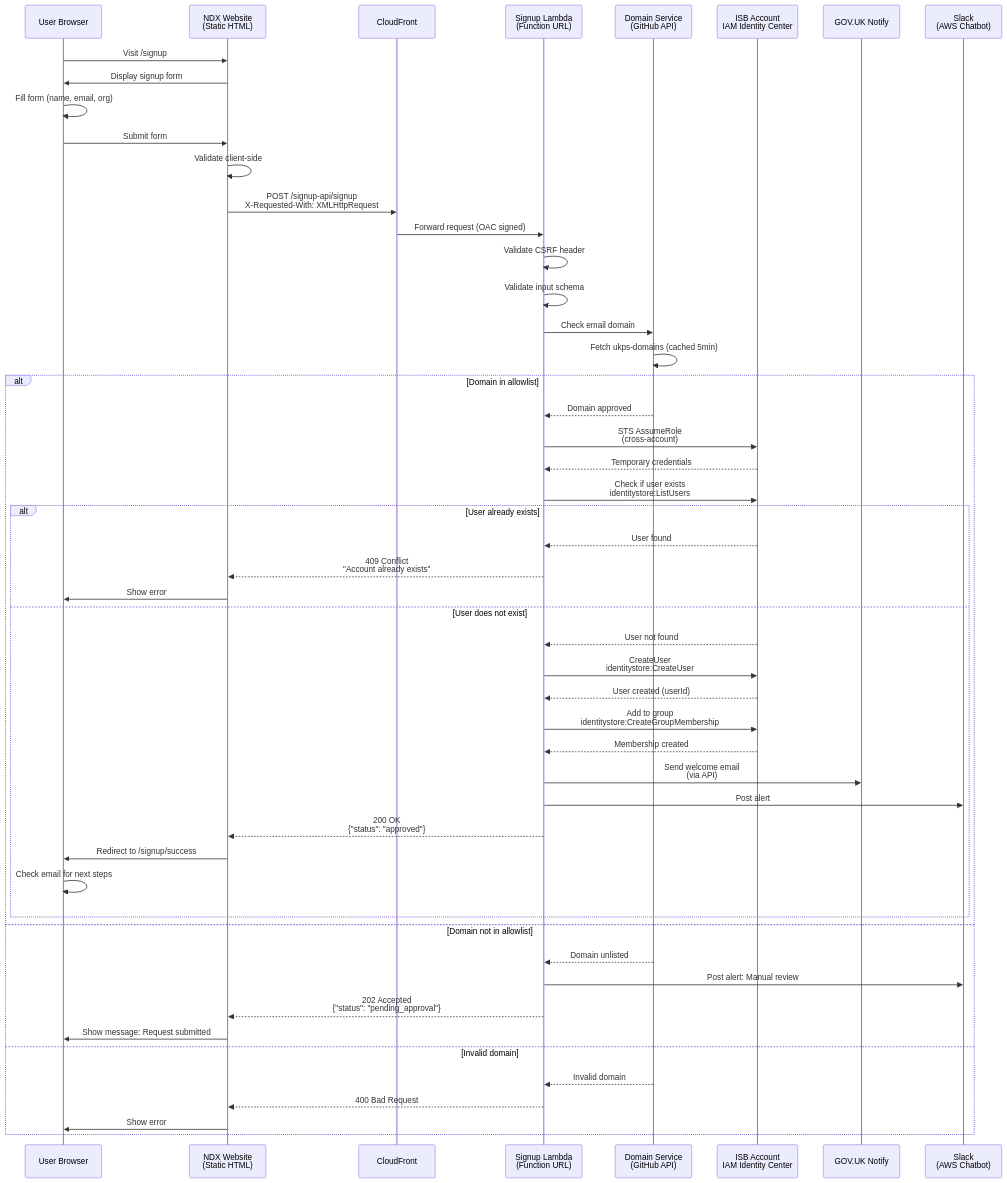
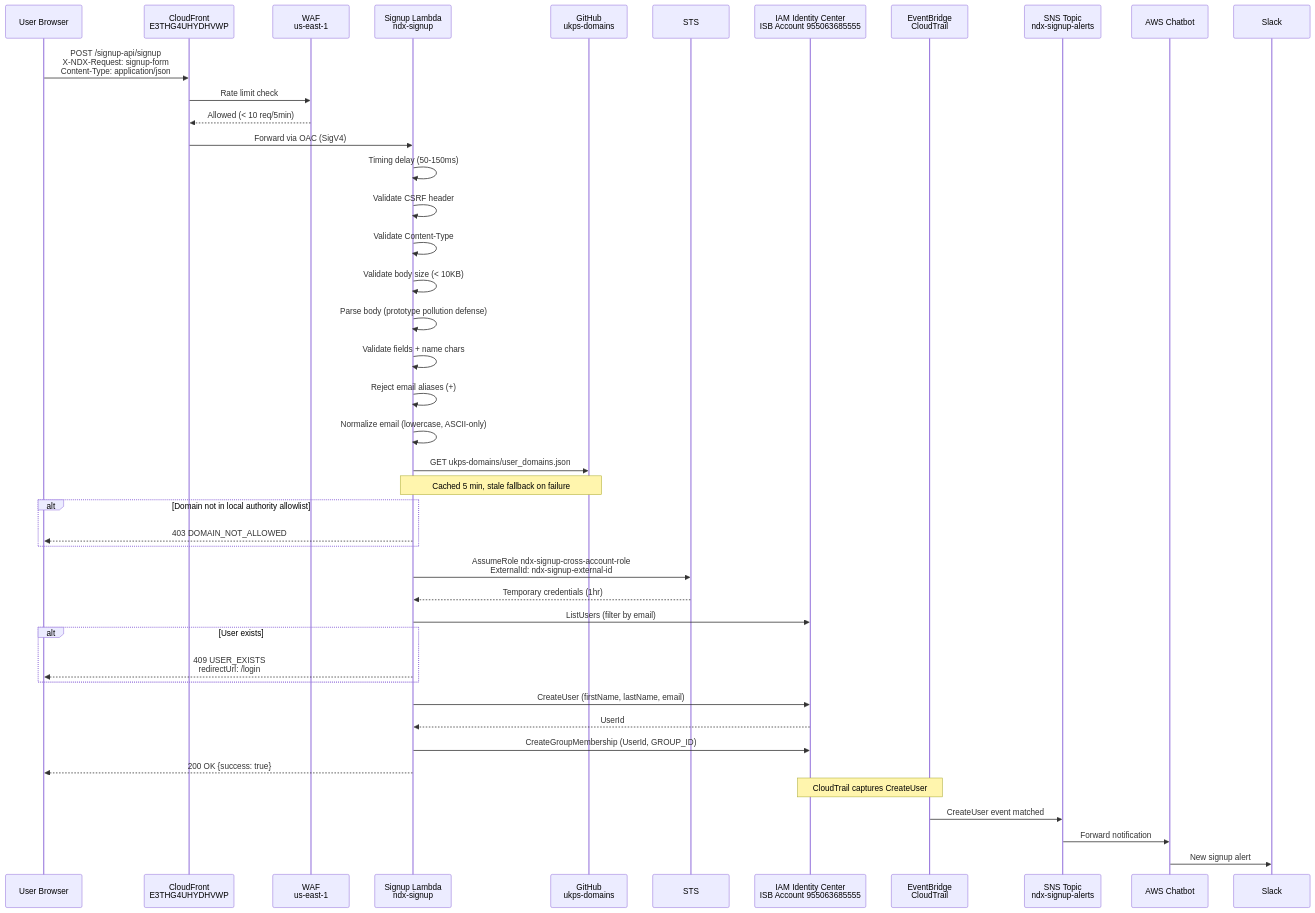
The first of 3 diagrams in docs/31-signup-flow.md (co-cddo/ndx-try-arch), drawn with Mermaid before and after one commit. The commit also changed other lines of this file and 41 other files, not shown here.

First line of the commit message:
docs: update NDX architecture documentation (#9)

````diff
--- a/docs/31-signup-flow.md
+++ b/docs/31-signup-flow.md
@@ -28,70 +13,55 @@
 ```mermaid
 sequenceDiagram
     participant User as User Browser
-    participant Website as NDX Website<br/>(Static HTML)
-    participant CF as CloudFront
-    participant Lambda as Signup Lambda<br/>(Function URL)
-    participant DomainSvc as Domain Service<br/>(GitHub API)
-    participant ISB as ISB Account<br/>IAM Identity Center
-    participant Notify as GOV.UK Notify
-    participant Slack as Slack<br/>(AWS Chatbot)
+    participant CF as CloudFront<br/>E3THG4UHYDHVWP
+    participant WAF as WAF<br/>us-east-1
+    participant Lambda as Signup Lambda<br/>ndx-signup
+    participant GitHub as GitHub<br/>ukps-domains
+    participant STS as STS
+    participant IDC as IAM Identity Center<br/>ISB Account 955063685555
+    participant EB as EventBridge<br/>CloudTrail
+    participant SNS as SNS Topic<br/>ndx-signup-alerts
+    participant Chatbot as AWS Chatbot
+    participant Slack as Slack
 
-    User->>Website: Visit /signup
-    Website->>User: Display signup form
+    User->>CF: POST /signup-api/signup<br/>X-NDX-Request: signup-form<br/>Content-Type: application/json
+    CF->>WAF: Rate limit check
+    WAF-->>CF: Allowed (< 10 req/5min)
+    CF->>Lambda: Forward via OAC (SigV4)
 
-    User->>User: Fill form (name, email, org)
-    User->>Website: Submit form
+    Lambda->>Lambda: Timing delay (50-150ms)
+    Lambda->>Lambda: Validate CSRF header
+    Lambda->>Lambda: Validate Content-Type
+    Lambda->>Lambda: Validate body size (< 10KB)
+    Lambda->>Lambda: Parse body (prototype pollution defense)
+    Lambda->>Lambda: Validate fields + name chars
+    Lambda->>Lambda: Reject email aliases (+)
+    Lambda->>Lambda: Normalize email (lowercase, ASCII-only)
 
-    Website->>Website: Validate client-side
-    Website->>CF: POST /signup-api/signup<br/>X-Requested-With: XMLHttpRequest
+    Lambda->>GitHub: GET ukps-domains/user_domains.json
+    Note over Lambda,GitHub: Cached 5 min, stale fallback on failure
 
-    CF->>Lambda: Forward request (OAC signed)
+    alt Domain not in local authority allowlist
+        Lambda-->>User: 403 DOMAIN_NOT_ALLOWED
+    end
 
-    Lambda->>Lambda: Validate CSRF header
-    Lambda->>Lambda: Validate input schema
+    Lambda->>STS: AssumeRole ndx-signup-cross-account-role<br/>ExternalId: ndx-signup-external-id
+    STS-->>Lambda: Temporary credentials (1hr)
 
-    Lambda->>DomainSvc: Check email domain
-    DomainSvc->>DomainSvc: Fetch ukps-domains (cached 5min)
+    Lambda->>IDC: ListUsers (filter by email)
+    alt User exists
+        Lambda-->>User: 409 USER_EXISTS<br/>redirectUrl: /login
+    end
 
-    alt Domain in allowlist
-        DomainSvc-->>Lambda: Domain approved
+    Lambda->>IDC: CreateUser (firstName, lastName, email)
+    IDC-->>Lambda: UserId
 
-        Lambda->>ISB: STS AssumeRole<br/>(cross-account)
-        ISB-->>Lambda: Temporary credentials
+    Lambda->>IDC: CreateGroupMembership (UserId, GROUP_ID)
 
-        Lambda->>ISB: Check if user exists<br/>identitystore:ListUsers
+    Lambda-->>User: 200 OK {success: true}
 
-        alt User already exists
-            ISB-->>Lambda: User found
-            Lambda-->>Website: 409 Conflict<br/>"Account already exists"
-            Website->>User: Show error
-        else User does not exist
-            ISB-->>Lambda: User not found
-
-            Lambda->>ISB: CreateUser<br/>identitystore:CreateUser
-            ISB-->>Lambda: User created (userId)
-
-            Lambda->>ISB: Add to group<br/>identitystore:CreateGroupMembership
-            ISB-->>Lambda: Membership created
-
-            Lambda->>Notify: Send welcome email<br/>(via API)
-            Lambda->>Slack: Post alert
-
-            Lambda-->>Website: 200 OK<br/>{"status": "approved"}
-            Website->>User: Redirect to /signup/success
-            User->>User: Check email for next steps
-        end
-
-    else Domain not in allowlist
-        DomainSvc-->>Lambda: Domain unlisted
-
-        Lambda->>Slack: Post alert: Manual review
-        Lambda-->>Website: 202 Accepted<br/>{"status": "pending_approval"}
-        Website->>User: Show message: Request submitted
-
-    else Invalid domain
-        DomainSvc-->>Lambda: Invalid domain
-        Lambda-->>Website: 400 Bad Request
-        Website->>User: Show error
-    end
+    Note over IDC,EB: CloudTrail captures CreateUser
+    EB->>SNS: CreateUser event matched
+    SNS->>Chatbot: Forward notification
+    Chatbot->>Slack: New signup alert
 ```
````
